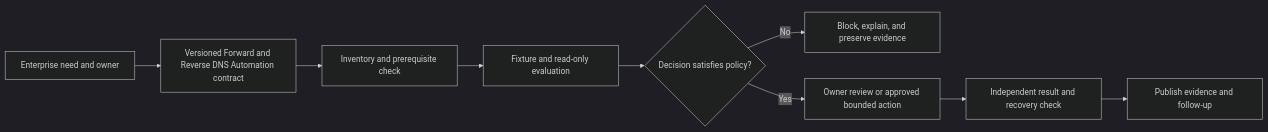
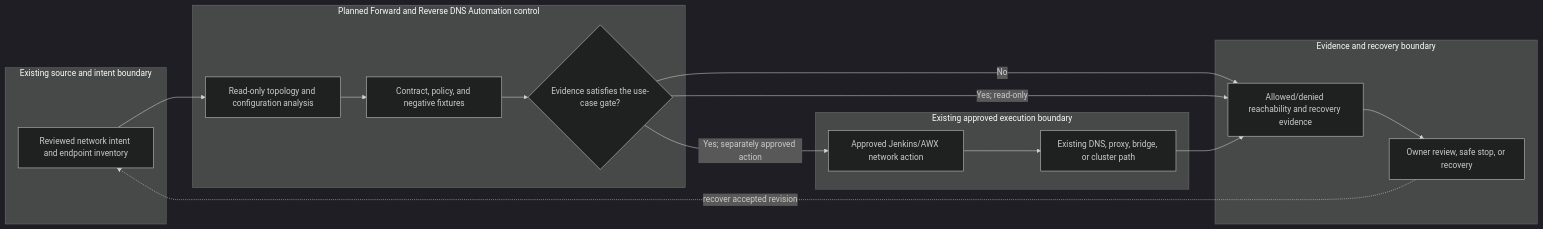
The diagram in docs/use-cases/network/UC-NET-006-forward-and-reverse-dns-automation.md (MIDHTECH/enterprise-architecture-docs), drawn with Mermaid (dark theme) before and after one commit. The commit also changed other lines of this file and 227 other files, not shown here.

Commit message:
Deepen architecture for all use case designs

````diff
--- a/docs/use-cases/network/UC-NET-006-forward-and-reverse-dns-automation.md
+++ b/docs/use-cases/network/UC-NET-006-forward-and-reverse-dns-automation.md
@@ -136,11 +129,25 @@
 ```mermaid
 flowchart LR
-    Need["Enterprise need and owner"] --> Contract["Versioned Forward and Reverse DNS Automation contract"]
-    Contract --> Preflight["Inventory and prerequisite check"]
-    Preflight --> Evaluate["Fixture and read-only evaluation"]
-    Evaluate --> Decision{"Decision satisfies policy?"}
-    Decision -->|No| Stop["Block, explain, and preserve evidence"]
-    Decision -->|Yes| Review["Owner review or approved bounded action"]
-    Review --> Verify["Independent result and recovery check"]
-    Verify --> Publish["Publish evidence and follow-up"]
+    subgraph Source["Existing source and intent boundary"]
+        A["Reviewed network intent and endpoint inventory"]
+    end
+    subgraph Planned["Planned Forward and Reverse DNS Automation control"]
+        B["Read-only topology and configuration analysis"]
+        C["Contract, policy, and negative fixtures"]
+        D{"Evidence satisfies the use-case gate?"}
+    end
+    subgraph Runtime["Existing approved execution boundary"]
+        E["Approved Jenkins/AWX network action"]
+        F["Existing DNS, proxy, bridge, or cluster path"]
+    end
+    subgraph Assurance["Evidence and recovery boundary"]
+        G["Allowed/denied reachability and recovery evidence"]
+        H["Owner review, safe stop, or recovery"]
+    end
+
+    A --> B --> C --> D
+    D -->|No| G --> H
+    D -->|Yes; read-only| G
+    D -->|Yes; separately approved action| E --> F --> G
+    H -. recover accepted revision .-> A
 ```
````
